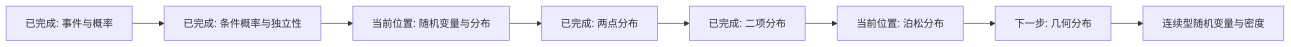
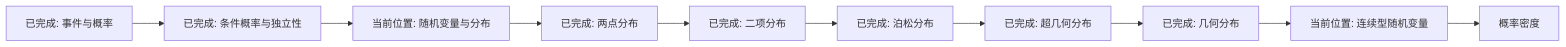
The eighth of 8 diagrams in math/probability/wiki/concept-map.md (3mptywhite/3mptywhite.github.io), drawn with Mermaid before and after one commit. The commit also changed other lines of this file and 7 other files, not shown here.

````diff
--- a/math/probability/wiki/concept-map.md
+++ b/math/probability/wiki/concept-map.md
@@ -122,10 +124,12 @@
 ```mermaid
 graph LR
   A["已完成: 事件与概率"] --> B["已完成: 条件概率与独立性"]
   B --> C["当前位置: 随机变量与分布"]
   C --> D["已完成: 两点分布"]
   D --> E["已完成: 二项分布"]
-  E --> F["当前位置: 泊松分布"]
-  F --> G["下一步: 几何分布"]
-  G --> H["连续型随机变量与密度"]
+  E --> F["已完成: 泊松分布"]
+  F --> G["已完成: 超几何分布"]
+  G --> H["已完成: 几何分布"]
+  H --> I["当前位置: 连续型随机变量"]
+  I --> J["概率密度"]
 ```
````
